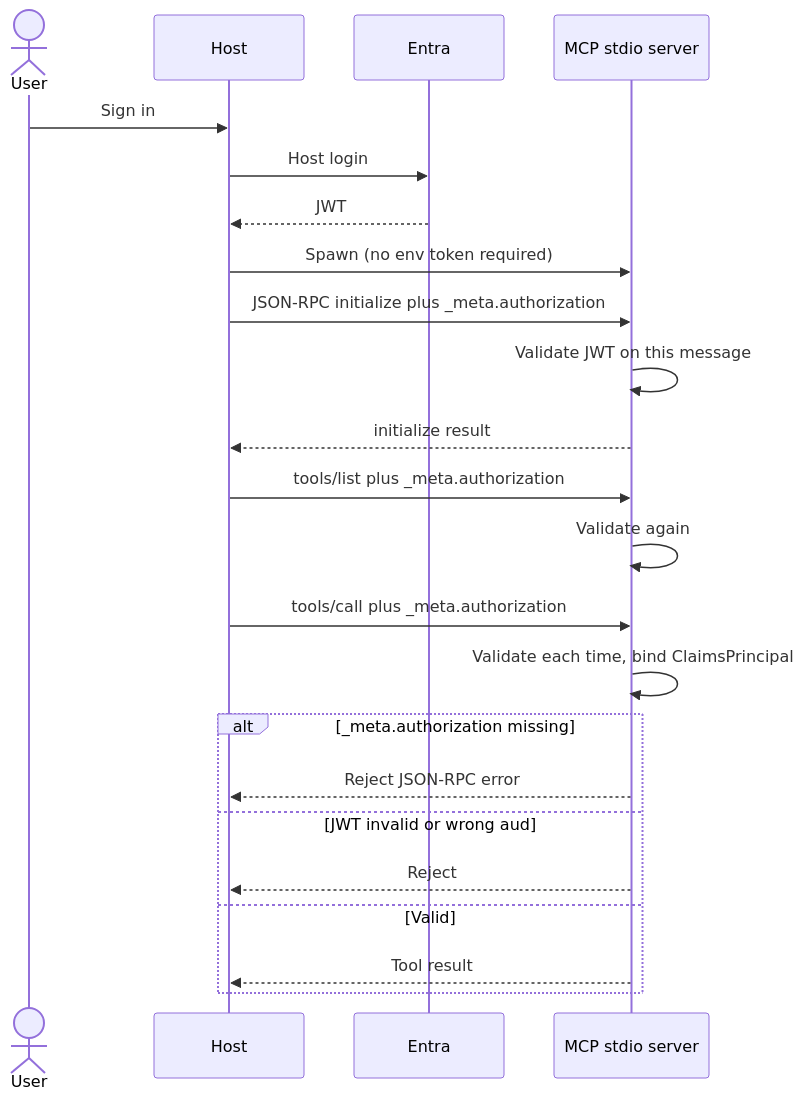
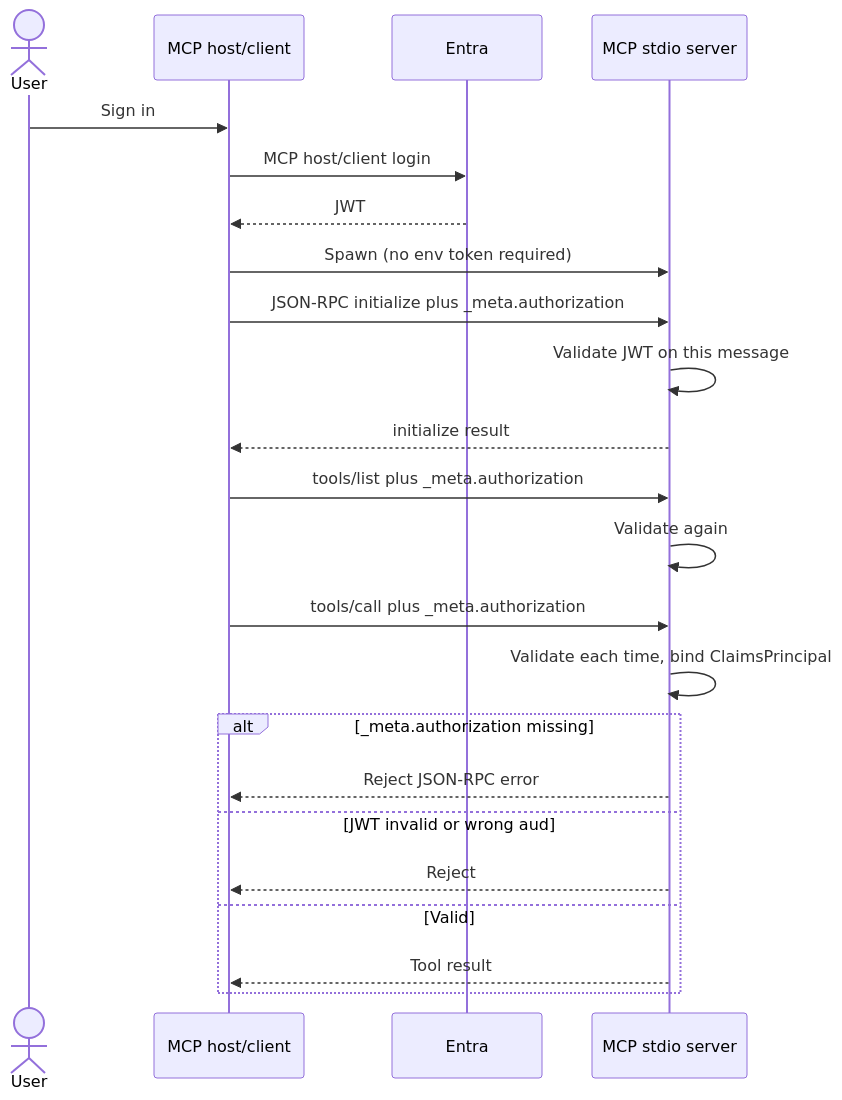
The fourth of 7 diagrams in research/adr/001-mcp-server-oauth-entra.md (sheshisheri-hi/ai-security-ideas), drawn with Mermaid before and after one commit. The commit also changed other lines of this file and 1 other file, not shown here.

Commit message:
adr: 001 map security best practices to MCP server vs host/client

````diff
--- a/research/adr/001-mcp-server-oauth-entra.md
+++ b/research/adr/001-mcp-server-oauth-entra.md
@@ -240,26 +240,26 @@
 ```mermaid
 sequenceDiagram
     actor User
-    participant Host
+    participant Host as MCP host/client
     participant Entra
     participant Server as MCP stdio server
 
     User->>Host: Sign in
-    Host->>Entra: Host login
+    Host->>Entra: MCP host/client login
     Entra-->>Host: JWT
     Host->>Server: Spawn (no env token required)
     Host->>Server: JSON-RPC initialize plus _meta.authorization
     Server->>Server: Validate JWT on this message
     Server-->>Host: initialize result
     Host->>Server: tools/list plus _meta.authorization
     Server->>Server: Validate again
     Host->>Server: tools/call plus _meta.authorization
     Server->>Server: Validate each time, bind ClaimsPrincipal
     alt _meta.authorization missing
         Server-->>Host: Reject JSON-RPC error
     else JWT invalid or wrong aud
         Server-->>Host: Reject
     else Valid
         Server-->>Host: Tool result
     end
 ```
````
